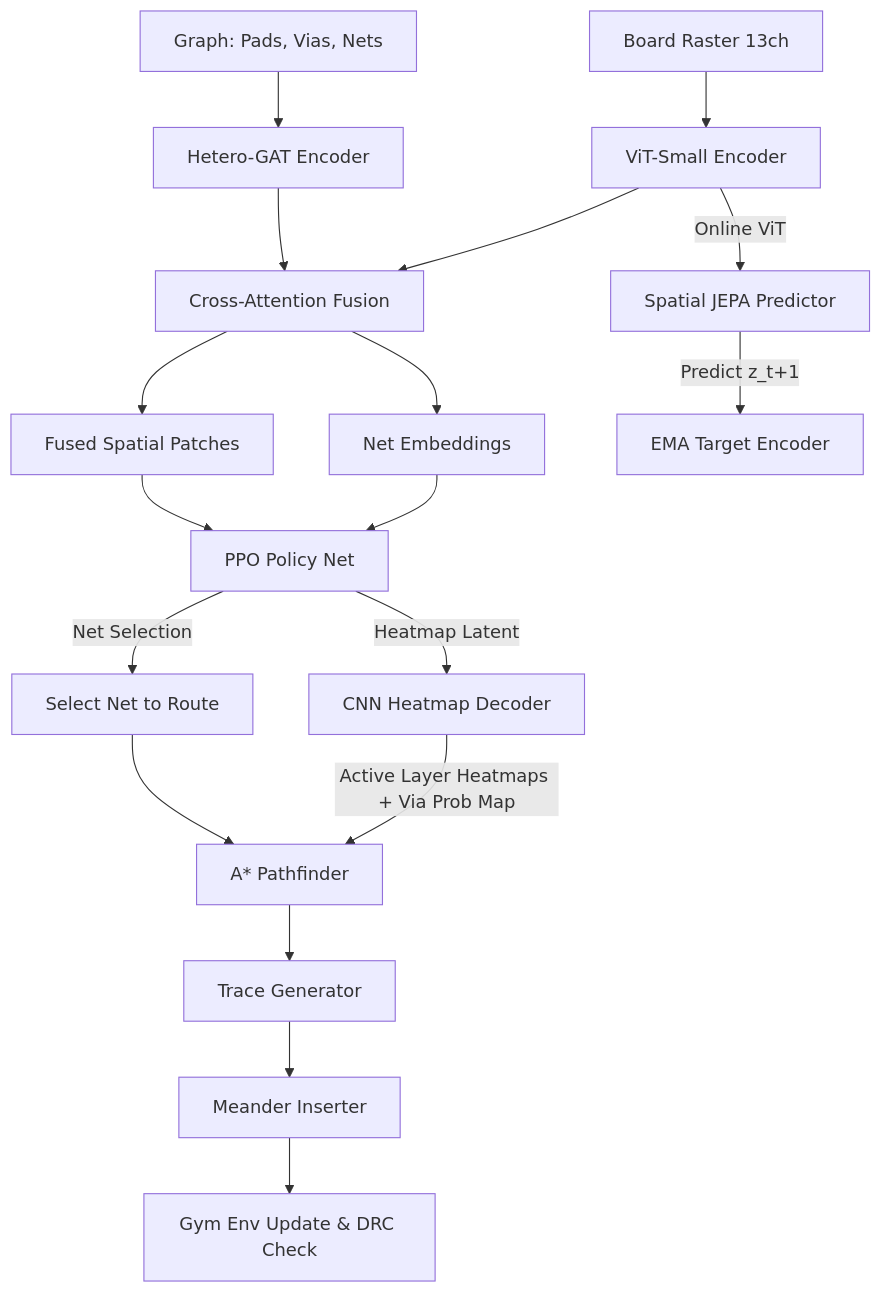
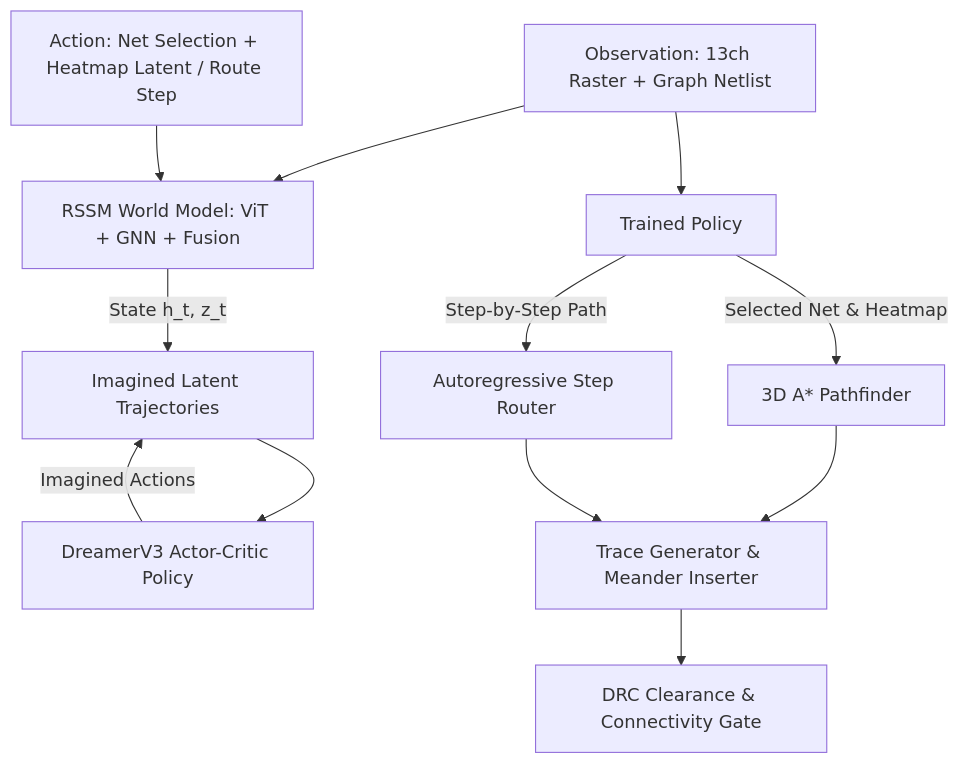
Before and after one commit to Klutzhehe/Router: the diagram in README.md, drawn with Mermaid. The commit also changed other lines of this file and 11 other files, not shown here.

Commit message:
Refactor: Remove legacy PPO and auxiliary JEPA models, rescale step rewards, and add DRC board validation

````diff
--- a/README.md
+++ b/README.md
@@ -22,33 +23,20 @@
 ```mermaid
 graph TD
-    %% Inputs
-    BoardRaster[Board Raster 13ch] --> ViTEnc[ViT-Small Encoder]
-    GraphPads[Graph: Pads, Vias, Nets] --> GATEnc[Hetero-GAT Encoder]
-
-    %% Fusion
-    ViTEnc --> Fusion[Cross-Attention Fusion]
-    GATEnc --> Fusion
-
-    %% Outputs & Policy
-    Fusion --> net_embs[Net Embeddings]
-    Fusion --> spat_fused[Fused Spatial Patches]
+    %% Inputs & World Model
+    Obs[Observation: 13ch Raster + Graph Netlist] --> WorldModel[RSSM World Model: ViT + GNN + Fusion]
+    Action[Action: Net Selection + Heatmap Latent / Route Step] --> WorldModel
+    WorldModel --> |State h_t, z_t| ImagTrajectories[Imagined Latent Trajectories]
     
-    net_embs --> Policy[PPO Policy Net]
-    spat_fused --> Policy
-    
-    Policy --> |Net Selection| SelectedNet[Select Net to Route]
-    Policy --> |Heatmap Latent| HeatmapDec[CNN Heatmap Decoder]
-    
-    %% Decoding & Routing
-    HeatmapDec --> |Active Layer Heatmaps + Via Prob Map| AStar[A* Pathfinder]
-    SelectedNet --> AStar
+    %% Policy & Imagination Training
+    ImagTrajectories --> ActorCritic[DreamerV3 Actor-Critic Policy]
+    ActorCritic --> |Imagined Actions| ImagTrajectories
     
     %% Execution
-    AStar --> TraceGen[Trace Generator]
-    TraceGen --> Meander[Meander Inserter]
-    Meander --> EnvUpdate[Gym Env Update & DRC Check]
-
-    %% JEPA feedback loop
-    ViTEnc --> |Online ViT| JEPA[Spatial JEPA Predictor]
-    JEPA --> |Predict z_t+1| EMAViT[EMA Target Encoder]
+    Obs --> RealPolicy[Trained Policy]
+    RealPolicy --> |Selected Net & Heatmap| Pathfinder[3D A* Pathfinder]
+    RealPolicy --> |Step-by-Step Path| AutoregressiveRoute[Autoregressive Step Router]
+    
+    Pathfinder --> TraceGen[Trace Generator & Meander Inserter]
+    AutoregressiveRoute --> TraceGen
+    TraceGen --> EnvUpdate[DRC Clearance & Connectivity Gate]
 ```
````
